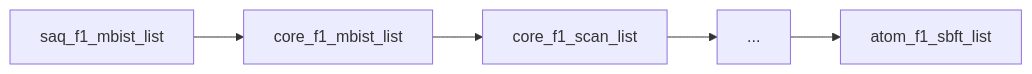
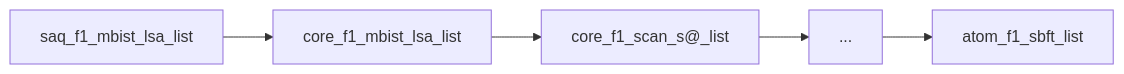
One commit to imahamdan/ctt_docs changed the sixth of 11 diagrams in Writerside/topics/convergedvminsearch-1.md. Above: the diagram before and after it, drawn with Mermaid. The commit also changed other lines of this file and 11 other files, not shown here.

````diff
--- a/Writerside/topics/convergedvminsearch-1.md
+++ b/Writerside/topics/convergedvminsearch-1.md
@@ -83,4 +99,4 @@
 ```mermaid
 graph LR
-    T1["saq_f1_mbist_list"] --> T2["core_f1_mbist_list"] --> T3["core_f1_scan_list"] --> T4["..."] --> TN["atom_f1_sbft_list"]
+    T1["saq_f1_mbist_lsa_list"] --> T2["core_f1_mbist_lsa_list"] --> T3["core_f1_scan_s@_list"] --> T4["..."] --> TN["atom_f1_sbft_list"]
 ```
````
